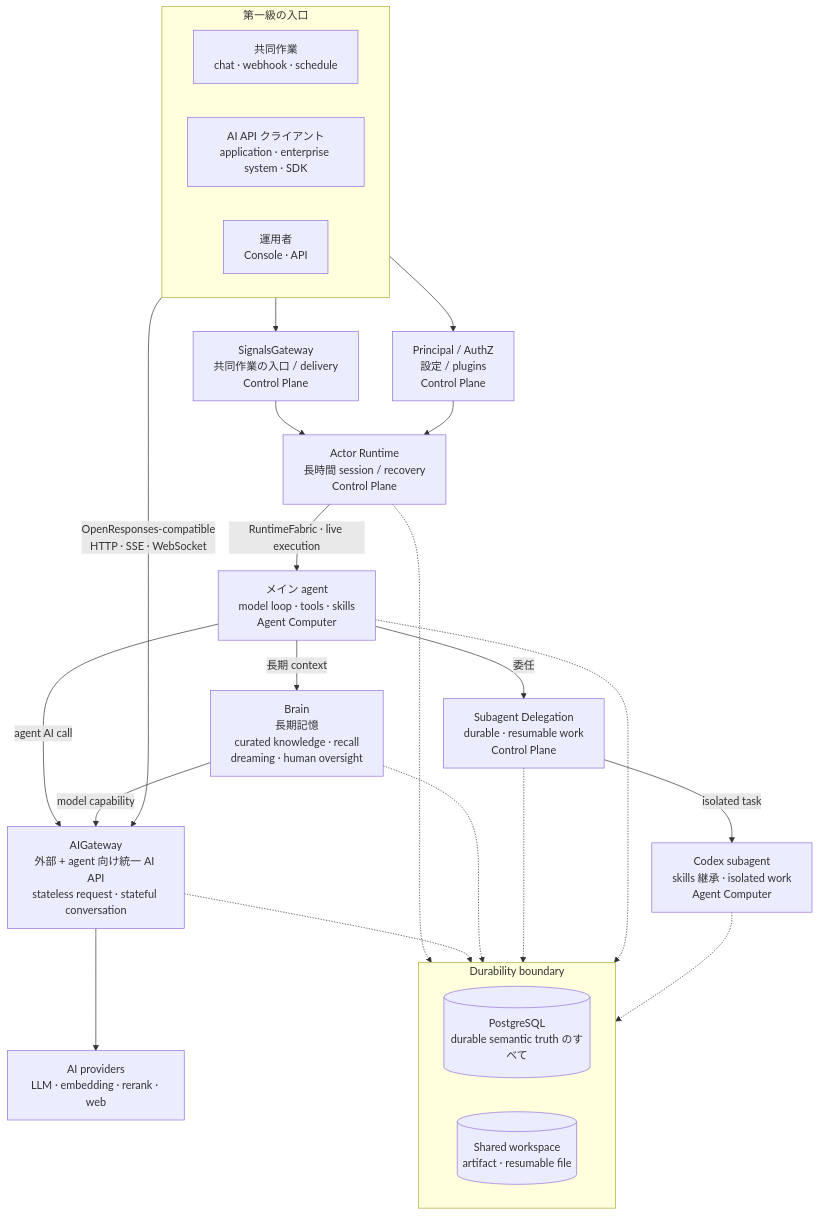
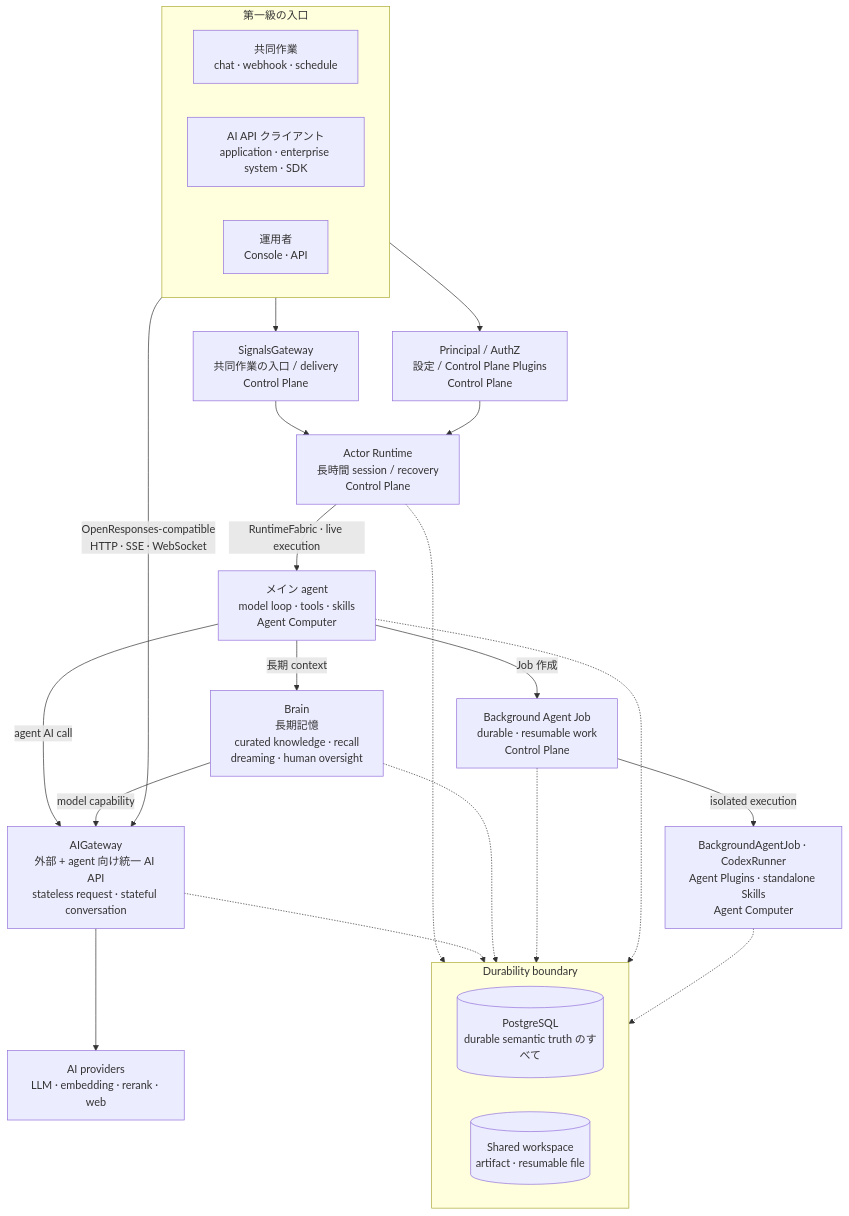
Before and after one commit to AgentBull/ankole: the diagram in README.ja.md, drawn with Mermaid. The commit also changed other lines of this file and 1369 other files, not shown here.

````diff
--- a/README.ja.md
+++ b/README.ja.md
@@ -66,43 +66,43 @@
 ```mermaid
 flowchart TB
   subgraph Entry["第一級の入口"]
     direction LR
     Work["共同作業<br/>chat · webhook · schedule"]
     Clients["AI API クライアント<br/>application · enterprise system · SDK"]
     Ops["運用者<br/>Console · API"]
   end
 
   SG["SignalsGateway<br/>共同作業の入口 / delivery<br/>Control Plane"]
-  Platform["Principal / AuthZ<br/>設定 / plugins<br/>Control Plane"]
+  Platform["Principal / AuthZ<br/>設定 / Control Plane Plugins<br/>Control Plane"]
   Runtime["Actor Runtime<br/>長時間 session / recovery<br/>Control Plane"]
   Main["メイン agent<br/>model loop · tools · skills<br/>Agent Computer"]
   Brain["Brain<br/>長期記憶<br/>curated knowledge · recall<br/>dreaming · human oversight"]
-  Delegate["Subagent Delegation<br/>durable · resumable work<br/>Control Plane"]
+  Delegate["Background Agent Job<br/>durable · resumable work<br/>Control Plane"]
   AI["AIGateway<br/>外部 + agent 向け統一 AI API<br/>stateless request · stateful conversation"]
-  Task["Codex subagent<br/>skills 継承 · isolated work<br/>Agent Computer"]
+  Task["BackgroundAgentJob · CodexRunner<br/>Agent Plugins · standalone Skills<br/>Agent Computer"]
   Providers["AI providers<br/>LLM · embedding · rerank · web"]
 
   subgraph Storage["Durability boundary"]
     direction LR
     PG[("PostgreSQL<br/>durable semantic truth のすべて")]
     Workspace[("Shared workspace<br/>artifact · resumable file")]
   end
 
   Work --> SG --> Runtime
   Ops --> Platform --> Runtime
   Runtime -->|"RuntimeFabric · live execution"| Main
   Clients -->|"OpenResponses-compatible<br/>HTTP · SSE · WebSocket"| AI
   Main -->|"agent AI call"| AI
   Main -->|"長期 context"| Brain
   Brain -->|"model capability"| AI
-  Main -->|"委任"| Delegate
-  Delegate -->|"isolated task"| Task
+  Main -->|"Job 作成"| Delegate
+  Delegate -->|"isolated execution"| Task
   AI --> Providers
 
   Runtime -.-> PG
   AI -.-> PG
   Brain -.-> PG
   Delegate -.-> PG
   Main -.-> Workspace
   Task -.-> Workspace
 ```
````
